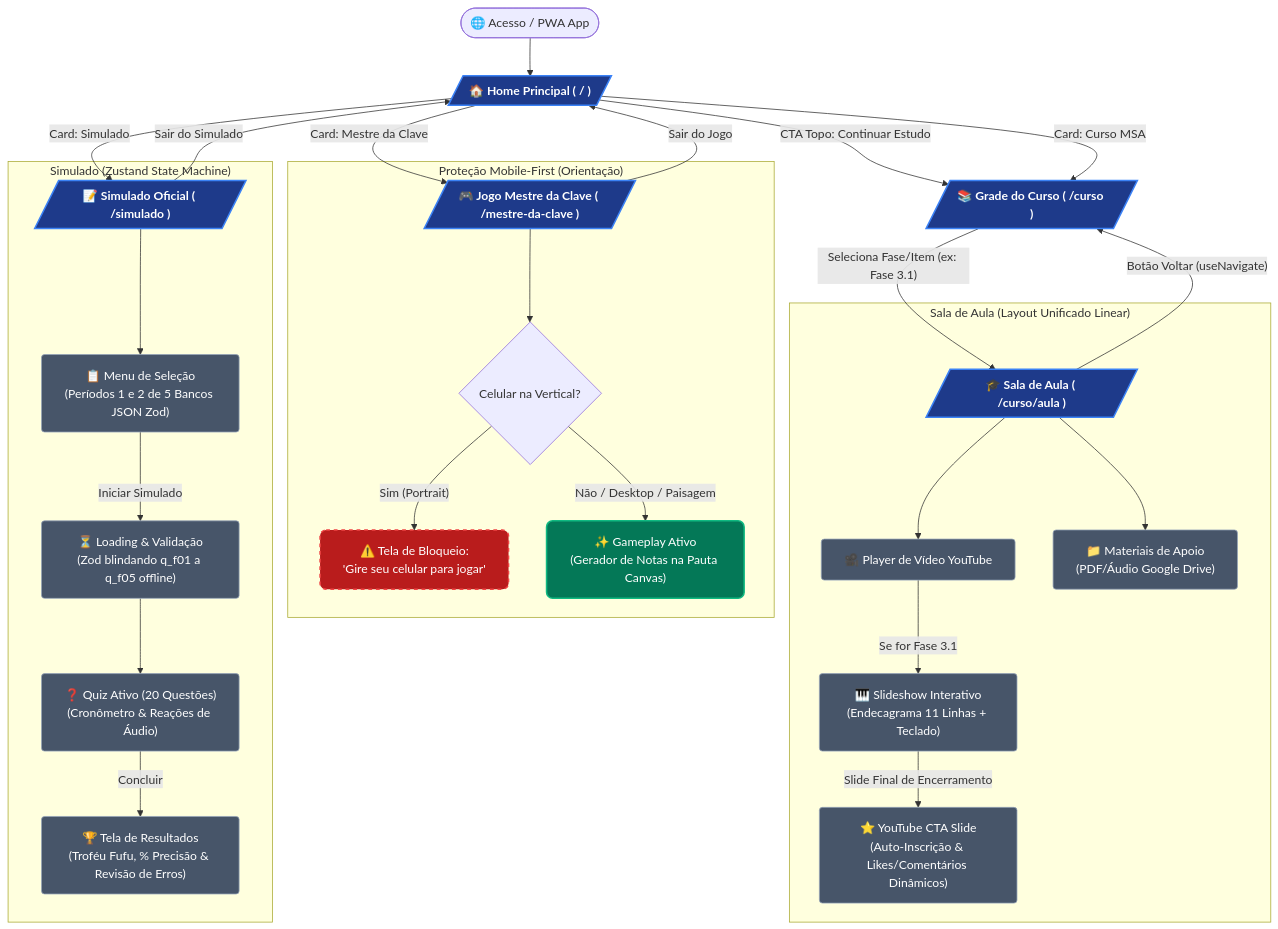
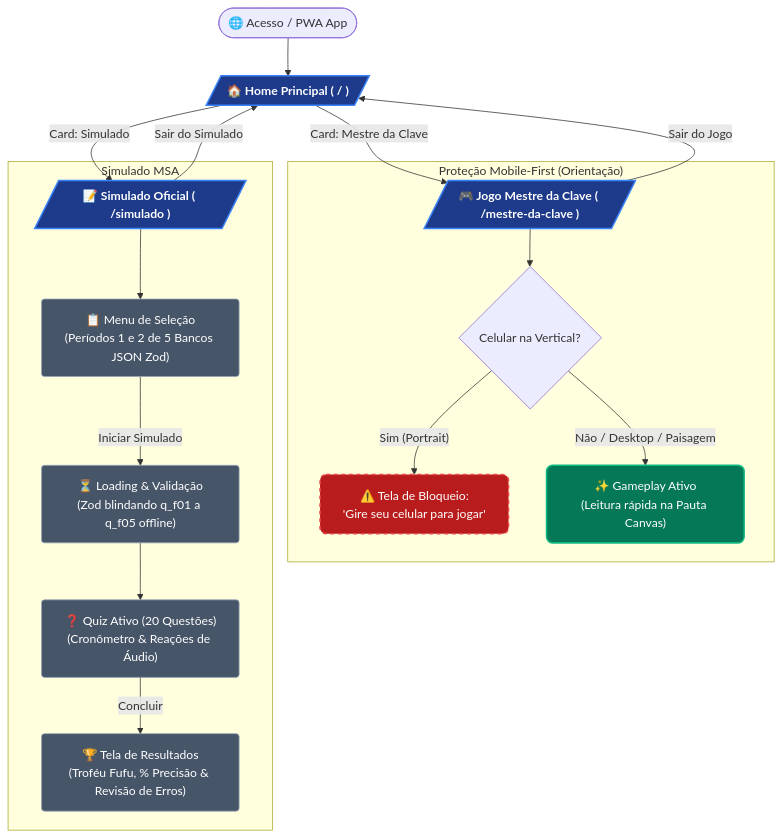
Before and after one commit to issacarbarbosa/issa-academy: the diagram in FLUXO_USUARIO.md, drawn with Mermaid. The commit also changed other lines of this file and 47 other files, not shown here.

First line of the commit message:
refactor: remove curso msa, modularize mestre da clave and simulado

````diff
--- a/FLUXO_USUARIO.md
+++ b/FLUXO_USUARIO.md
@@ -11,56 +9,39 @@
 ```mermaid
 graph TD
     %% Estilos e Cores (Tailwind Palette)
     classDef route fill:#1e3a8a,stroke:#3b82f6,stroke-width:2px,color:#ffffff,font-weight:bold,rx:8px;
     classDef modal fill:#047857,stroke:#10b981,stroke-width:2px,color:#ffffff,rx:8px;
     classDef guard fill:#b91c1c,stroke:#ef4444,stroke-width:2px,color:#ffffff,stroke-dasharray: 5 5,rx:8px;
     classDef state fill:#475569,stroke:#94a3b8,stroke-width:1px,color:#ffffff,rx:4px;
 
     %% Acesso Inicial
     A([🌐 Acesso / PWA App]) --> B[/"🏠 Home Principal ( / )"/]
     class B route;
 
-    %% Banner de CTA Rápido
-    B -- "CTA Topo: Continuar Estudo" --> C[/"📚 Grade do Curso ( /curso )"/]
-    
     %% Navegação por Cards na Home
-    B -- "Card: Curso MSA" --> C
     B -- "Card: Mestre da Clave" --> D[/"🎮 Jogo Mestre da Clave ( /mestre-da-clave )"/]
     B -- "Card: Simulado" --> E[/"📝 Simulado Oficial ( /simulado )"/]
-    class C,D,E route;
-
-    %% SUB-FLUXO: CURSO E AULAS (Layout Unificado)
-    C -- "Seleciona Fase/Item (ex: Fase 3.1)" --> F[/"🎓 Sala de Aula ( /curso/aula )"/]
-    class F route;
-    
-    subgraph S1 ["Sala de Aula (Layout Unificado Linear)"]
-        F --> F1["🎥 Player de Vídeo YouTube"]
-        F --> F2["📁 Materiais de Apoio<br>(PDF/Áudio Google Drive)"]
-        F1 -- "Se for Fase 3.1" --> F3["🎹 Slideshow Interativo<br>(Endecagrama 11 Linhas + Teclado)"]
-        F3 -- "Slide Final de Encerramento" --> F4["⭐ YouTube CTA Slide<br>(Auto-Inscrição & Likes/Comentários Dinâmicos)"]
-    end
-    class F1,F2,F3,F4 state;
+    class D,E route;
 
     %% SUB-FLUXO: JOGO MESTRE DA CLAVE (Com Guarda de Orientação)
-    subgraph S2 ["Proteção Mobile-First (Orientação)"]
+    subgraph S1 ["Proteção Mobile-First (Orientação)"]
         D --> G{Celular na Vertical?}
         G -- "Sim (Portrait)" --> G1["⚠️ Tela de Bloqueio:<br>'Gire seu celular para jogar'"]
         class G1 guard;
-        G -- "Não / Desktop / Paisagem" --> G2["✨ Gameplay Ativo<br>(Gerador de Notas na Pauta Canvas)"]
+        G -- "Não / Desktop / Paisagem" --> G2["✨ Gameplay Ativo<br>(Leitura rápida na Pauta Canvas)"]
         class G2 modal;
     end
 
     %% SUB-FLUXO: SIMULADO MSA (Máquina de Estados)
-    subgraph S3 ["Simulado (Zustand State Machine)"]
+    subgraph S2 ["Simulado MSA"]
         E --> H1["📋 Menu de Seleção<br>(Períodos 1 e 2 de 5 Bancos JSON Zod)"]
         H1 -- "Iniciar Simulado" --> H2["⏳ Loading & Validação<br>(Zod blindando q_f01 a q_f05 offline)"]
         H2 --> H3["❓ Quiz Ativo (20 Questões)<br>(Cronômetro & Reações de Áudio)"]
         H3 -- "Concluir" --> H4["🏆 Tela de Resultados<br>(Troféu Fufu, % Precisão & Revisão de Erros)"]
     end
     class H1,H2,H3,H4 state;
 
     %% Botões de Retorno
-    F -- "Botão Voltar (useNavigate)" --> C
     D -- "Sair do Jogo" --> B
     E -- "Sair do Simulado" --> B
 ```
````
